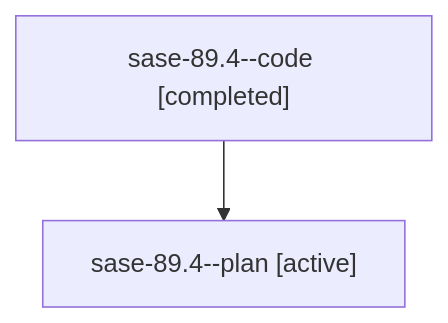
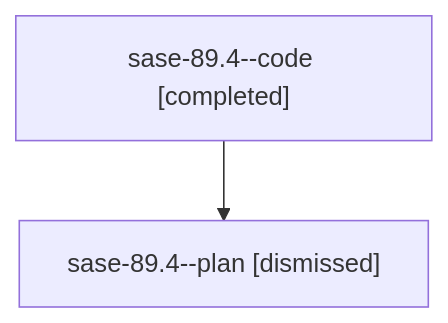
One commit to sase-org/sase--agents changed the diagram in sessions/bbugyi200.athena.sase-89.4.md. Above: the diagram before and after it, drawn with Mermaid. The commit also changed other lines of this file and 82 other files, not shown here.

````diff
--- a/sessions/bbugyi200.athena.sase-89.4.md
+++ b/sessions/bbugyi200.athena.sase-89.4.md
@@ -9,6 +9,6 @@
 ```mermaid
 flowchart TD
   n0["sase-89.4--code [completed]"]
-  n1["sase-89.4--plan [active]"]
+  n1["sase-89.4--plan [dismissed]"]
   n0 --> n1
 ```
````
